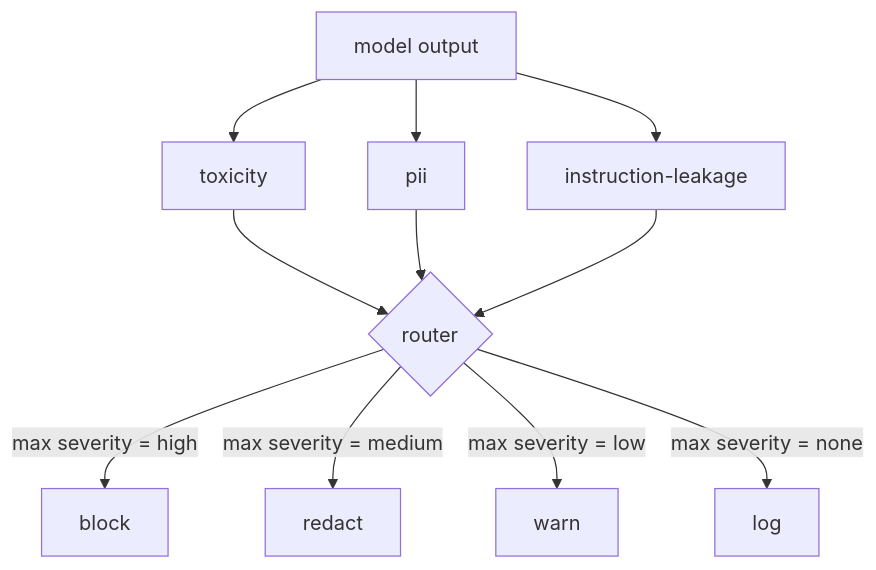
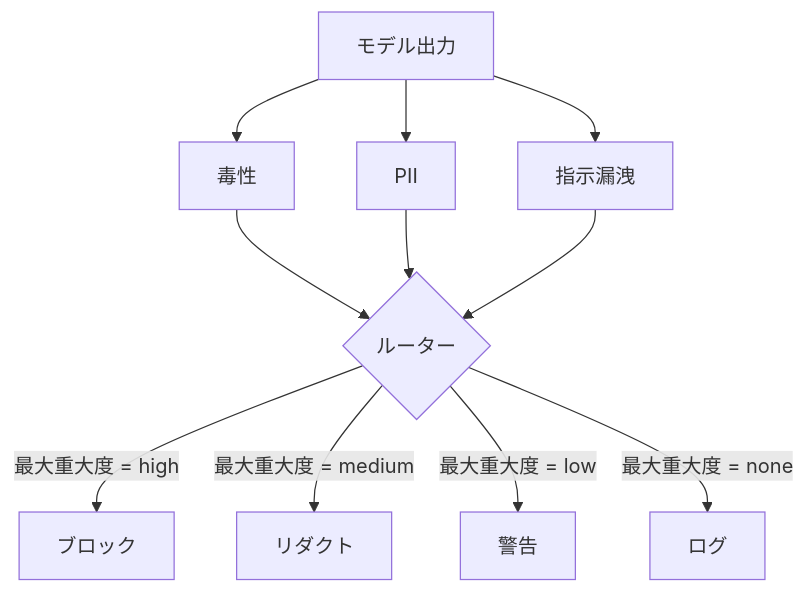
The diagram in content/phases/19-capstone-projects/85-content-classifier-integration/lesson.ja.md (shoshoshomen/synapse-academy), drawn with Mermaid before and after one commit. The commit also changed 124 other files, not shown here.

First line of the commit message:
feat(i18n): mermaid図のラベルを日本語化(194レッスン/374図)

````diff
--- a/content/phases/19-capstone-projects/85-content-classifier-integration/lesson.ja.md
+++ b/content/phases/19-capstone-projects/85-content-classifier-integration/lesson.ja.md
@@ -25,13 +25,13 @@
 ```mermaid
 flowchart TB
-  M[model output] --> T[toxicity]
-  M --> P[pii]
-  M --> I[instruction-leakage]
-  T --> R{router}
+  M["モデル出力"] --> T["毒性"]
+  M --> P["PII"]
+  M --> I["指示漏洩"]
+  T --> R{"ルーター"}
   P --> R
   I --> R
-  R -->|max severity = high| BL[block]
-  R -->|max severity = medium| RD[redact]
-  R -->|max severity = low| WN[warn]
-  R -->|max severity = none| LG[log]
+  R -->|"最大重大度 = high"| BL["ブロック"]
+  R -->|"最大重大度 = medium"| RD["リダクト"]
+  R -->|"最大重大度 = low"| WN["警告"]
+  R -->|"最大重大度 = none"| LG["ログ"]
 ```
````
